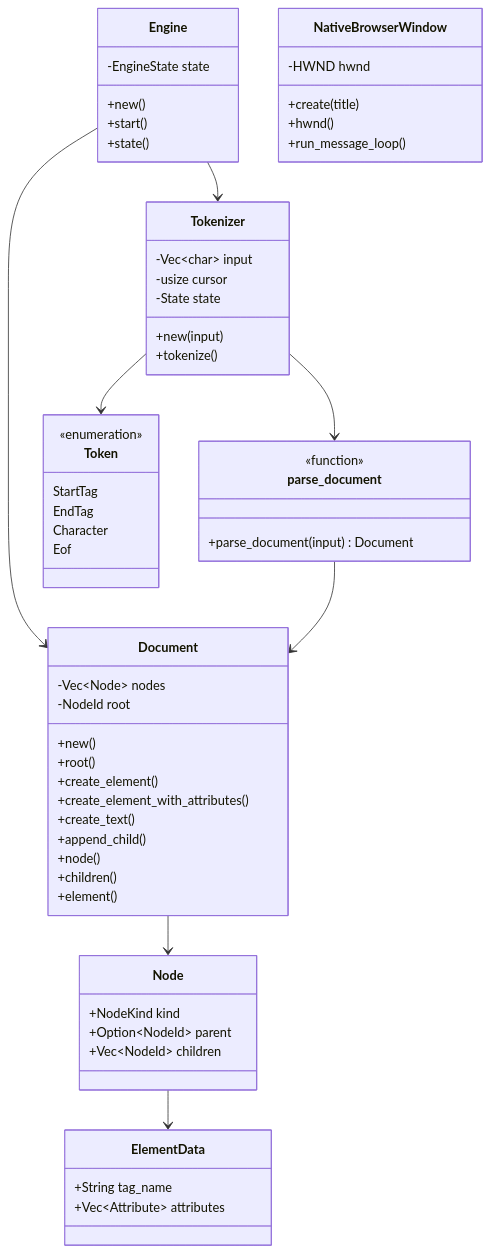
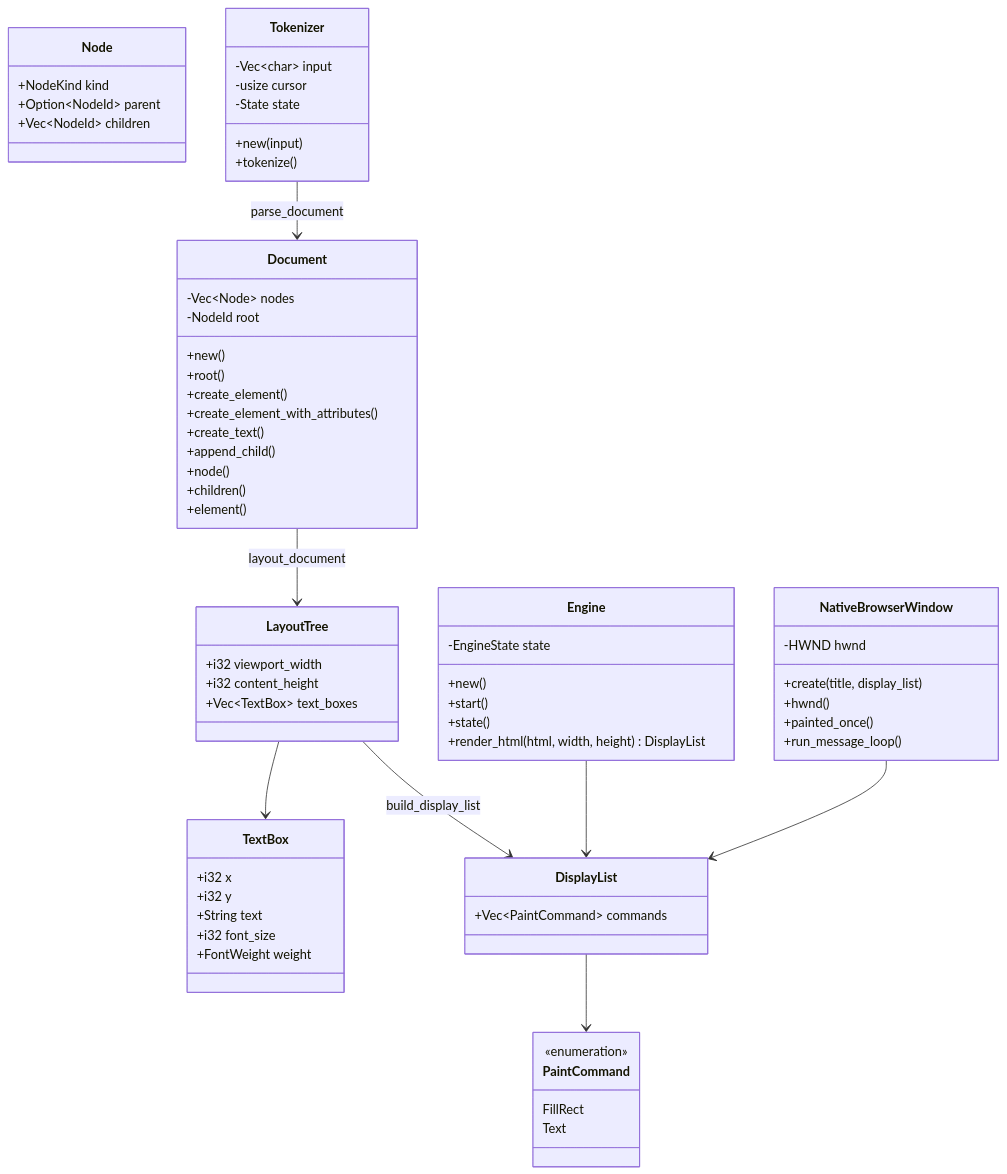
Before and after one commit to Gerbesh/OPBrowser: the second of 2 diagrams in docs/CODE_GRAPH.md, drawn with Mermaid. The commit also changed other lines of this file and 18 other files, not shown here.

Commit message:
feat: render first HTML page through own pipeline

````diff
--- a/docs/CODE_GRAPH.md
+++ b/docs/CODE_GRAPH.md
@@ -35,70 +42,78 @@
 ```mermaid
 classDiagram
     class Engine {
         -EngineState state
         +new()
         +start()
         +state()
+        +render_html(html, width, height) DisplayList
     }
 
     class NativeBrowserWindow {
         -HWND hwnd
-        +create(title)
+        +create(title, display_list)
         +hwnd()
+        +painted_once()
         +run_message_loop()
     }
 
     class Document {
         -Vec~Node~ nodes
         -NodeId root
         +new()
         +root()
         +create_element()
         +create_element_with_attributes()
         +create_text()
         +append_child()
         +node()
         +children()
         +element()
     }
 
     class Node {
         +NodeKind kind
         +Option~NodeId~ parent
         +Vec~NodeId~ children
     }
 
-    class ElementData {
-        +String tag_name
-        +Vec~Attribute~ attributes
-    }
-
     class Tokenizer {
         -Vec~char~ input
         -usize cursor
         -State state
         +new(input)
         +tokenize()
     }
 
-    class Token {
-        <<enumeration>>
-        StartTag
-        EndTag
-        Character
-        Eof
+    class LayoutTree {
+        +i32 viewport_width
+        +i32 content_height
+        +Vec~TextBox~ text_boxes
     }
 
-    class parse_document {
-        <<function>>
-        +parse_document(input) Document
+    class TextBox {
+        +i32 x
+        +i32 y
+        +String text
+        +i32 font_size
+        +FontWeight weight
     }
 
-    Engine --> Document
-    Engine --> Tokenizer
-    Document --> Node
-    Node --> ElementData
-    Tokenizer --> Token
-    Tokenizer --> parse_document
-    parse_document --> Document
+    class DisplayList {
+        +Vec~PaintCommand~ commands
+    }
+
+    class PaintCommand {
+        <<enumeration>>
+        FillRect
+        Text
+    }
+
+    Tokenizer --> Document : parse_document
+    Document --> LayoutTree : layout_document
+    LayoutTree --> TextBox
+    LayoutTree --> DisplayList : build_display_list
+    DisplayList --> PaintCommand
+    Engine --> DisplayList
+    NativeBrowserWindow --> DisplayList
 ```
````
